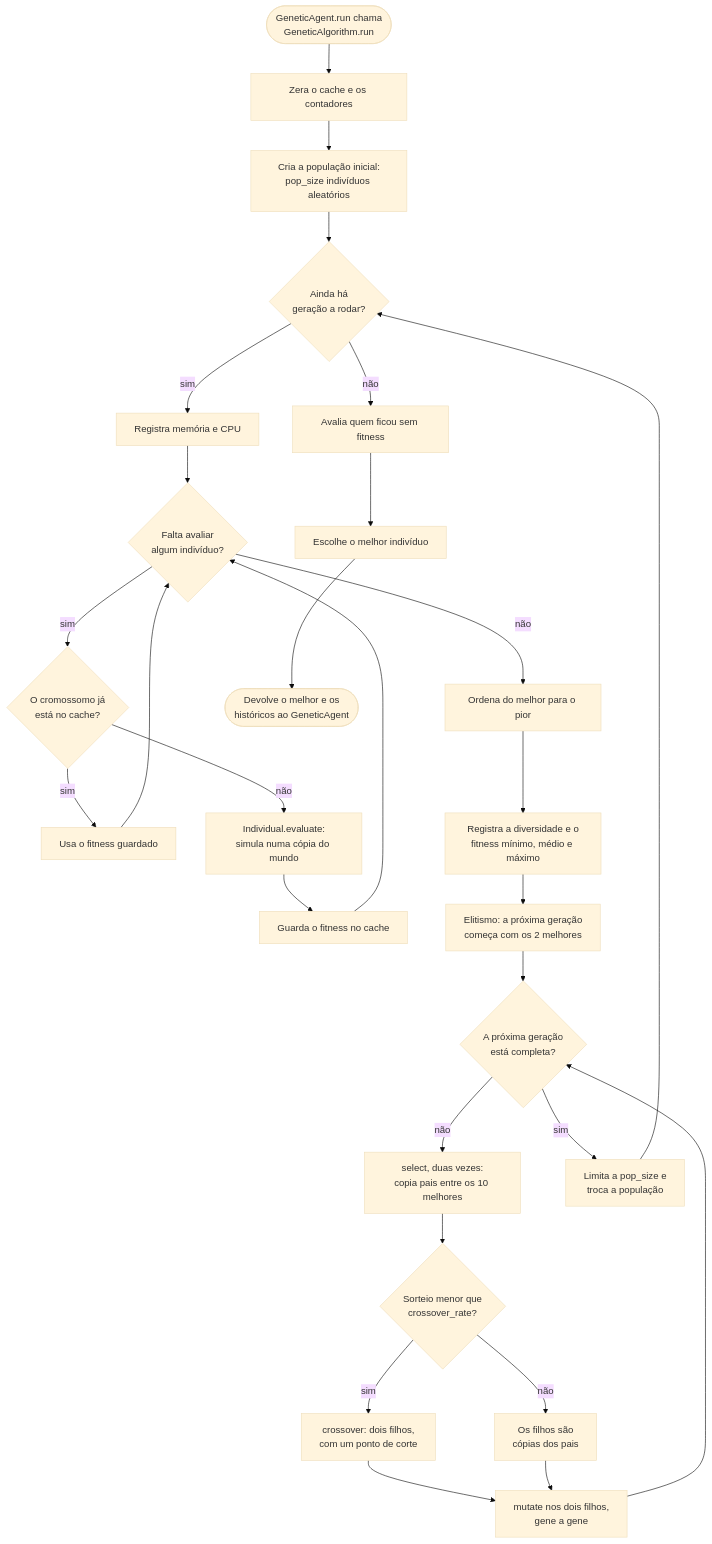
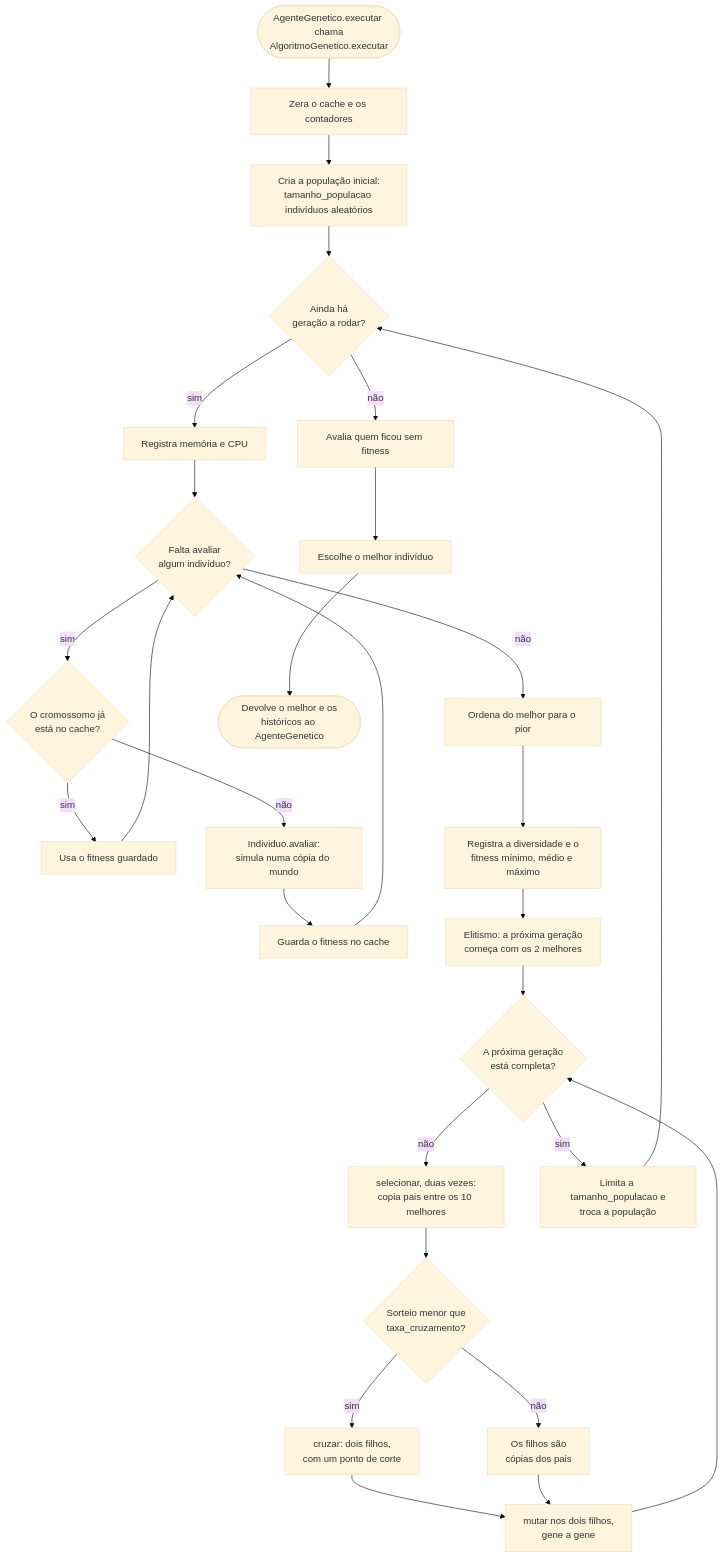
The diagram in docs/arquitetura/fluxo-ag.md (ingrid-kiki/wumpus_world_modular), drawn with Mermaid (base theme) before and after one commit. The commit also changed other lines of this file and 14 other files, not shown here.

Commit message:
docs: nomes novos nos diagramas, guias e planos

````diff
--- a/docs/arquitetura/fluxo-ag.md
+++ b/docs/arquitetura/fluxo-ag.md
@@ -6,35 +6,35 @@
 ```mermaid
 flowchart TD
-    inicio(["GeneticAgent.run chama<br/>GeneticAlgorithm.run"]) --> zera["Zera o cache e os contadores"]
-    zera --> inicial["Cria a população inicial:<br/>pop_size indivíduos aleatórios"]
+    inicio(["AgenteGenetico.executar chama<br/>AlgoritmoGenetico.executar"]) --> zera["Zera o cache e os contadores"]
+    zera --> inicial["Cria a população inicial:<br/>tamanho_populacao indivíduos aleatórios"]
     inicial --> geracao{"Ainda há<br/>geração a rodar?"}
 
     geracao -- "sim" --> recursos["Registra memória e CPU"]
     recursos --> proximo{"Falta avaliar<br/>algum indivíduo?"}
     proximo -- "sim" --> cache{"O cromossomo já<br/>está no cache?"}
     cache -- "sim" --> usaCache["Usa o fitness guardado"]
-    cache -- "não" --> simula["Individual.evaluate:<br/>simula numa cópia do mundo"]
+    cache -- "não" --> simula["Individuo.avaliar:<br/>simula numa cópia do mundo"]
     simula --> guarda["Guarda o fitness no cache"]
     usaCache --> proximo
     guarda --> proximo
 
     proximo -- "não" --> ordena["Ordena do melhor para o pior"]
     ordena --> registra["Registra a diversidade e o<br/>fitness mínimo, médio e máximo"]
     registra --> elite["Elitismo: a próxima geração<br/>começa com os 2 melhores"]
     elite --> cheia{"A próxima geração<br/>está completa?"}
 
-    cheia -- "não" --> selecao["select, duas vezes:<br/>copia pais entre os 10 melhores"]
-    selecao --> cruza{"Sorteio menor que<br/>crossover_rate?"}
-    cruza -- "sim" --> crossover["crossover: dois filhos,<br/>com um ponto de corte"]
+    cheia -- "não" --> selecao["selecionar, duas vezes:<br/>copia pais entre os 10 melhores"]
+    selecao --> cruza{"Sorteio menor que<br/>taxa_cruzamento?"}
+    cruza -- "sim" --> crossover["cruzar: dois filhos,<br/>com um ponto de corte"]
     cruza -- "não" --> copia["Os filhos são<br/>cópias dos pais"]
-    crossover --> muta["mutate nos dois filhos,<br/>gene a gene"]
+    crossover --> muta["mutar nos dois filhos,<br/>gene a gene"]
     copia --> muta
     muta --> cheia
 
-    cheia -- "sim" --> troca["Limita a pop_size e<br/>troca a população"]
+    cheia -- "sim" --> troca["Limita a tamanho_populacao e<br/>troca a população"]
     troca --> geracao
 
     geracao -- "não" --> finais["Avalia quem ficou sem fitness"]
     finais --> melhor["Escolhe o melhor indivíduo"]
-    melhor --> devolve(["Devolve o melhor e os<br/>históricos ao GeneticAgent"])
+    melhor --> devolve(["Devolve o melhor e os<br/>históricos ao AgenteGenetico"])
 ```
````
